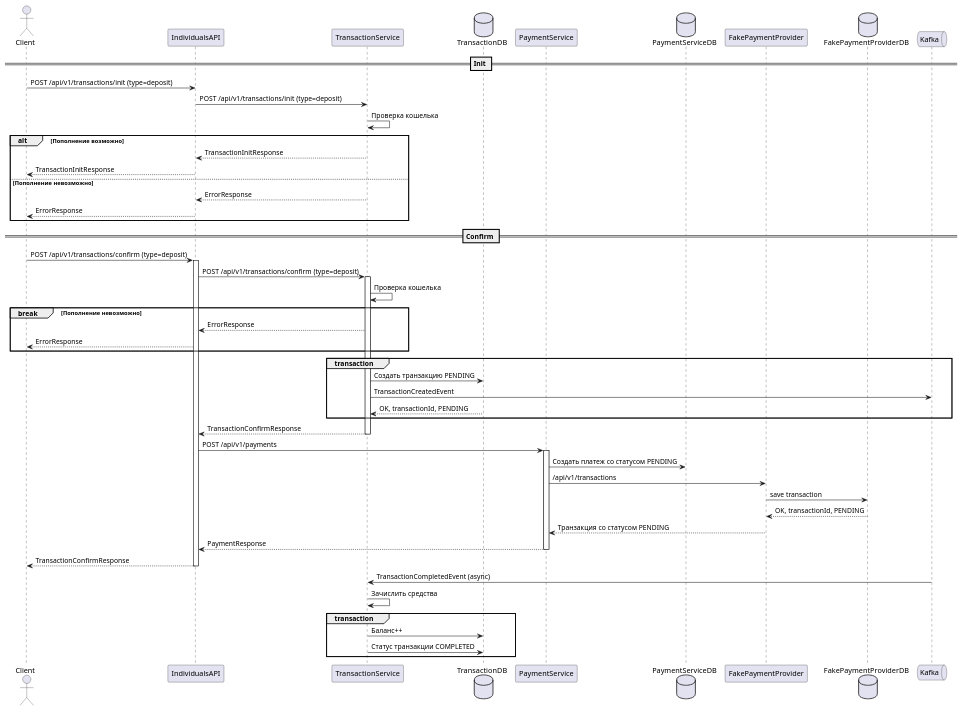
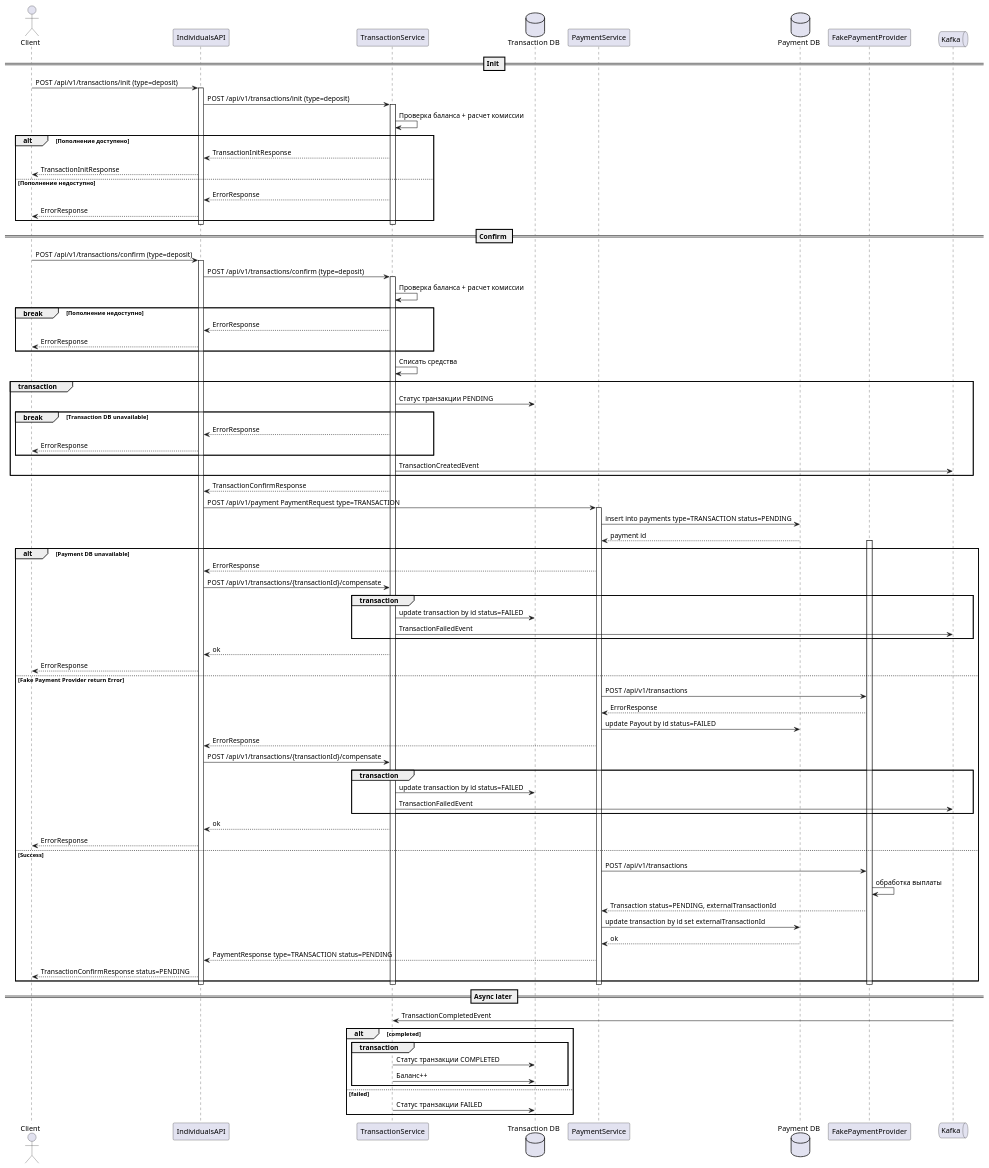
One commit to diamam90/payment-system changed the diagram in diagram/deposit.puml. Above: the diagram before and after it, drawn with PlantUML. The commit also changed 19 other files, not shown here.

Commit message:
Добавлены диаграммы для 6 модуля

```diff
--- a/diagram/deposit.puml
+++ b/diagram/deposit.puml
@@ -1,62 +1,103 @@
 @startuml
 actor Client
 participant IndividualsAPI
 participant TransactionService
-database TransactionDB
+database tsDb as "Transaction DB"
 participant PaymentService
-database PaymentServiceDB
-participant FakePaymentProvider
-database FakePaymentProviderDB
+database psDb as "Payment DB"
+participant fpp as "FakePaymentProvider"
 
 queue Kafka
 
 == Init ==
+
 Client -> IndividualsAPI: POST /api/v1/transactions/init (type=deposit)
-IndividualsAPI -> TransactionService: POST /api/v1/transactions/init (type=deposit)
-TransactionService -> TransactionService: Проверка кошелька
-alt Пополнение возможно
-    TransactionService --> IndividualsAPI: TransactionInitResponse
-    IndividualsAPI --> Client: TransactionInitResponse
-else Пополнение невозможно
-    TransactionService --> IndividualsAPI: ErrorResponse
-    IndividualsAPI --> Client: ErrorResponse
-end
+activate IndividualsAPI
+    IndividualsAPI -> TransactionService: POST /api/v1/transactions/init (type=deposit)
+    activate TransactionService
+        TransactionService -> TransactionService: Проверка баланса + расчет комиссии
+        alt Пополнение доступено
+            TransactionService --> IndividualsAPI: TransactionInitResponse
+            IndividualsAPI --> Client: TransactionInitResponse
+        else Пополнение недоступно
+            TransactionService --> IndividualsAPI: ErrorResponse
+            IndividualsAPI --> Client: ErrorResponse
+        end
+    deactivate TransactionService
+deactivate IndividualsAPI
+
 == Confirm ==
+
 Client -> IndividualsAPI: POST /api/v1/transactions/confirm (type=deposit)
 activate IndividualsAPI
+    IndividualsAPI -> TransactionService: POST /api/v1/transactions/confirm (type=deposit)
+    activate TransactionService
+        TransactionService -> TransactionService: Проверка баланса + расчет комиссии
+        break Пополнение недоступно
+            TransactionService --> IndividualsAPI: ErrorResponse
+            IndividualsAPI --> Client: ErrorResponse
+        end
+        TransactionService -> TransactionService: Списать средства
+        group transaction
+            TransactionService -> tsDb: Статус транзакции PENDING
+                break Transaction DB unavailable
+                    TransactionService --> IndividualsAPI: ErrorResponse
+                    IndividualsAPI --> Client: ErrorResponse
+                end
+            TransactionService -> Kafka: TransactionCreatedEvent
+        end
+        TransactionService --> IndividualsAPI: TransactionConfirmResponse
+        IndividualsAPI -> PaymentService: POST /api/v1/payment PaymentRequest type=TRANSACTION
+        activate PaymentService
+            PaymentService -> psDb: insert into payments type=TRANSACTION status=PENDING
+            psDb --> PaymentService: payment id
 
-IndividualsAPI -> TransactionService: POST /api/v1/transactions/confirm (type=deposit)
-activate TransactionService
-TransactionService -> TransactionService: Проверка кошелька
-break Пополнение невозможно
-    TransactionService --> IndividualsAPI: ErrorResponse
-    IndividualsAPI --> Client: ErrorResponse
-end
+                activate fpp
+                    alt Payment DB unavailable
+                        PaymentService --> IndividualsAPI: ErrorResponse
+                        IndividualsAPI -> TransactionService: POST /api/v1/transactions/{transactionId}/compensate
+                        group transaction
+                            TransactionService -> tsDb: update transaction by id status=FAILED
+                            TransactionService -> Kafka: TransactionFailedEvent
+                        end
+                        TransactionService --> IndividualsAPI: ok
+                        IndividualsAPI --> Client: ErrorResponse
 
-group transaction
-    TransactionService -> TransactionDB: Создать транзакцию PENDING
-    TransactionService -> Kafka: TransactionCreatedEvent
-    TransactionDB --> TransactionService: OK, transactionId, PENDING
-end
-    TransactionService --> IndividualsAPI: TransactionConfirmResponse
+                    else Fake Payment Provider return Error
+                        PaymentService -> fpp: POST /api/v1/transactions
+                        fpp --> PaymentService: ErrorResponse
+                        PaymentService -> psDb: update Payout by id status=FAILED
+                        PaymentService --> IndividualsAPI: ErrorResponse
+                        IndividualsAPI -> TransactionService: POST /api/v1/transactions/{transactionId}/compensate
+                        group transaction
+                            TransactionService -> tsDb: update transaction by id status=FAILED
+                            TransactionService -> Kafka: TransactionFailedEvent
+                        end
+                        TransactionService --> IndividualsAPI: ok
+                        IndividualsAPI --> Client: ErrorResponse
+                    else Success
+                        PaymentService -> fpp: POST /api/v1/transactions
+                        fpp -> fpp: обработка выплаты
+                        fpp --> PaymentService: Transaction status=PENDING, externalTransactionId
+                        PaymentService -> psDb: update transaction by id set externalTransactionId
+                        psDb --> PaymentService: ok
+                        PaymentService --> IndividualsAPI: PaymentResponse type=TRANSACTION status=PENDING
+                        IndividualsAPI --> Client: TransactionConfirmResponse status=PENDING
+                    end
+                deactivate fpp
+        deactivate PaymentService
     deactivate TransactionService
-    IndividualsAPI -> PaymentService: POST /api/v1/payments
-    activate PaymentService
-    PaymentService -> PaymentServiceDB: Создать платеж со статусом PENDING
-    PaymentService -> FakePaymentProvider: /api/v1/transactions
-    FakePaymentProvider -> FakePaymentProviderDB: save transaction
-    FakePaymentProviderDB --> FakePaymentProvider: OK, transactionId, PENDING
-    FakePaymentProvider --> PaymentService: Транзакция со статусом PENDING
-     PaymentService --> IndividualsAPI: PaymentResponse
-    deactivate PaymentService
-
-IndividualsAPI --> Client: TransactionConfirmResponse
 deactivate IndividualsAPI
 
-Kafka -> TransactionService: TransactionCompletedEvent (async)
-TransactionService -> TransactionService: Зачислить средства
-group transaction
-    TransactionService -> TransactionDB: Баланс++
-    TransactionService -> TransactionDB: Статус транзакции COMPLETED
+== Async later ==
+
+Kafka -> TransactionService: TransactionCompletedEvent
+alt completed
+    group transaction
+        TransactionService -> tsDb: Статус транзакции COMPLETED
+        TransactionService -> tsDb: Баланс++
+    end
+else failed
+    TransactionService -> tsDb: Статус транзакции FAILED
 end
 @enduml
```
